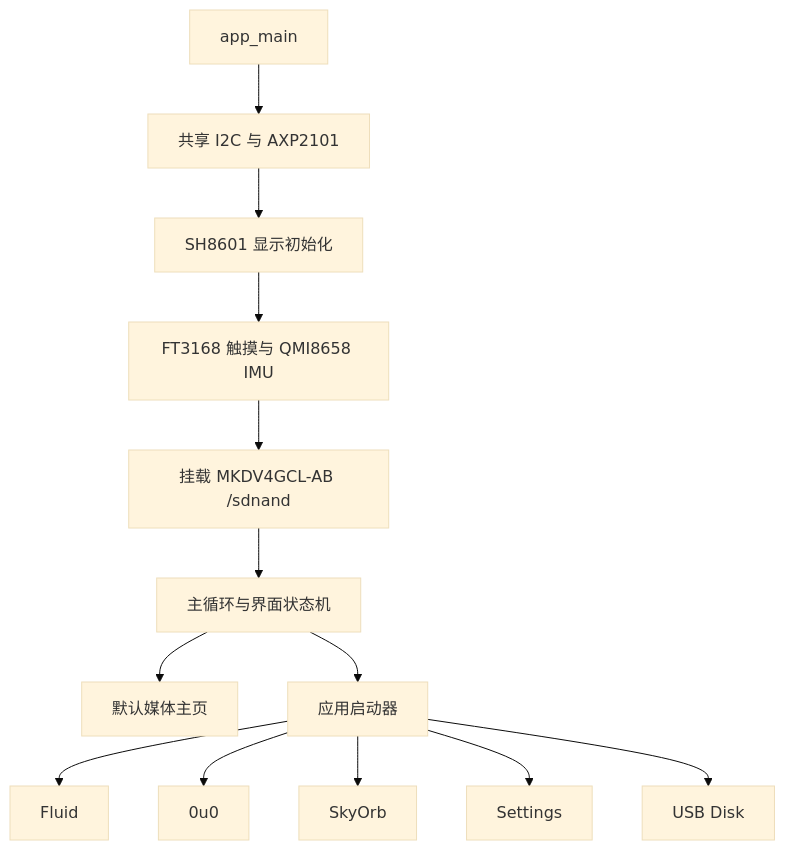
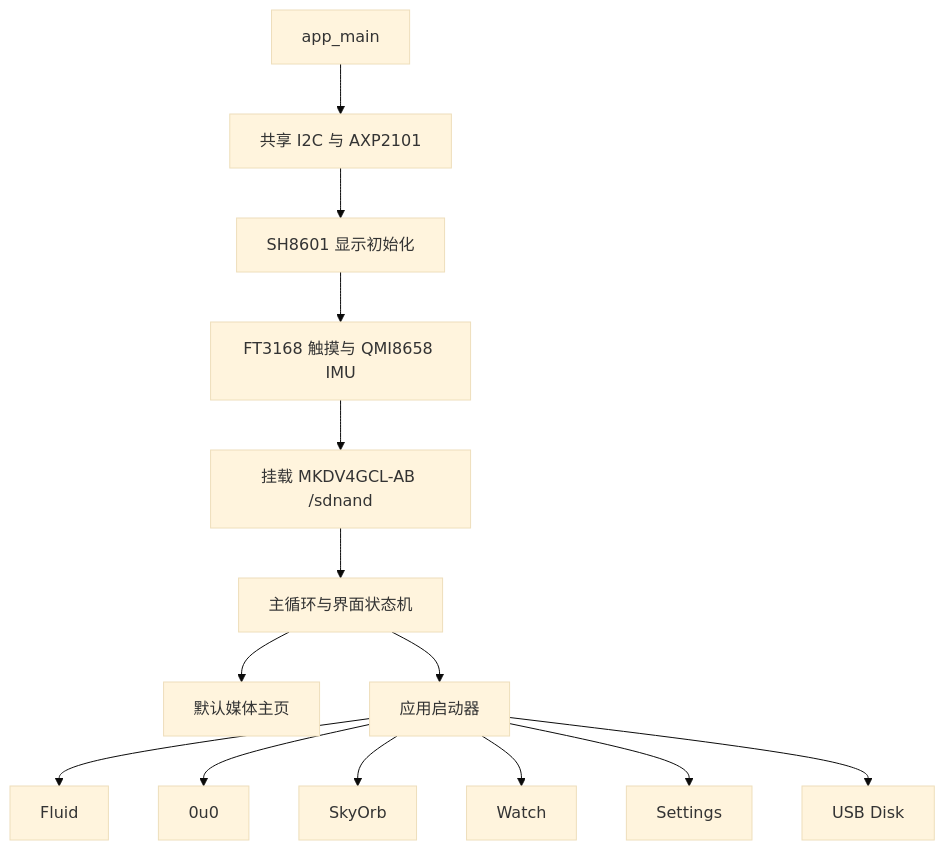
One commit to rmjskhy/Pacon changed the diagram in my_Pacon/DESIGN.md. Above: the diagram before and after it, drawn with Mermaid (base theme). The commit also changed other lines of this file and 31 other files, not shown here.

````diff
--- a/my_Pacon/DESIGN.md
+++ b/my_Pacon/DESIGN.md
@@ -35,15 +37,16 @@
 ```mermaid
 flowchart TD
     A["app_main"] --> B["共享 I2C 与 AXP2101"]
     B --> C["SH8601 显示初始化"]
     C --> D["FT3168 触摸与 QMI8658 IMU"]
     D --> E["挂载 MKDV4GCL-AB /sdnand"]
     E --> F["主循环与界面状态机"]
     F --> H["默认媒体主页"]
     F --> I["应用启动器"]
     I --> J["Fluid"]
     I --> K["0u0"]
     I --> L["SkyOrb"]
+    I --> W["Watch"]
     I --> M["Settings"]
     I --> N["USB Disk"]
 ```
````
